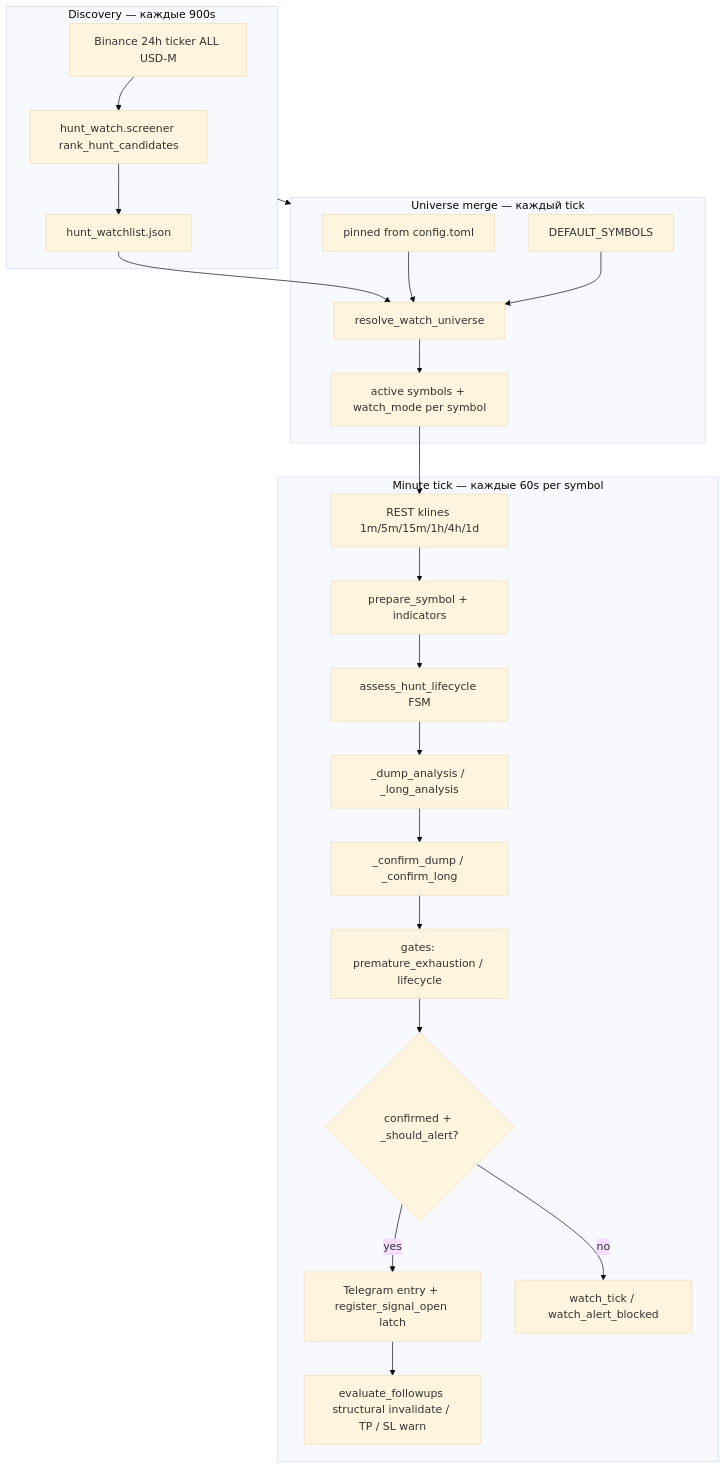
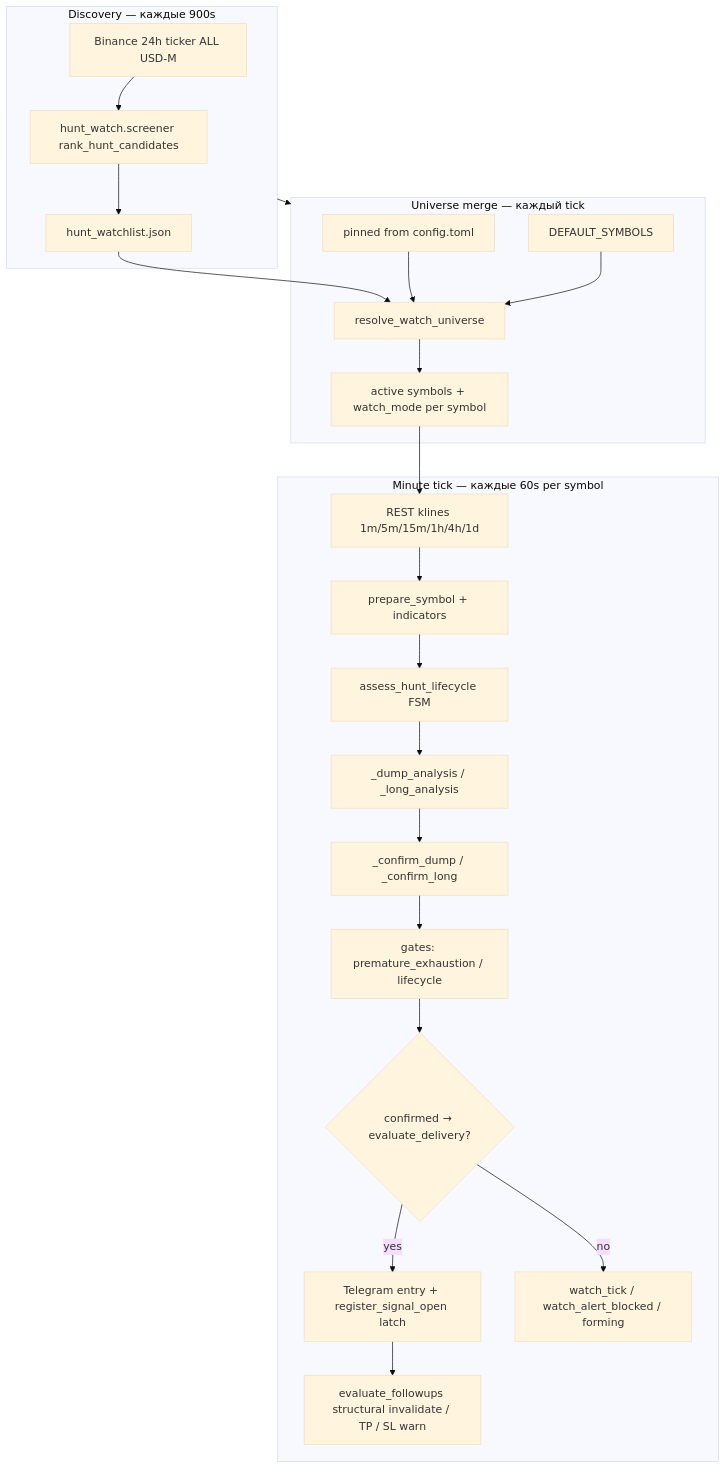
The first of 2 diagrams in hunt/ARCHITECTURE.md (TrololoBird/Crypto-Analytic-Signal-Bot), drawn with Mermaid (base theme) before and after one commit. The commit also changed other lines of this file and 39 other files, not shown here.

````diff
--- a/hunt/ARCHITECTURE.md
+++ b/hunt/ARCHITECTURE.md
@@ -33,33 +33,33 @@
 ```mermaid
 flowchart TB
     subgraph discovery [Discovery — каждые 900s]
         T[Binance 24h ticker ALL USD-M]
         S[hunt_watch.screener rank_hunt_candidates]
         W[hunt_watchlist.json]
         T --> S --> W
     end
 
     subgraph universe [Universe merge — каждый tick]
         P[pinned from config.toml]
         D[DEFAULT_SYMBOLS]
         W --> M[resolve_watch_universe]
         P --> M
         D --> M
         M --> U[active symbols + watch_mode per symbol]
     end
 
     subgraph tick [Minute tick — каждые 60s per symbol]
         U --> R[REST klines 1m/5m/15m/1h/4h/1d]
         R --> F[prepare_symbol + indicators]
         F --> L[assess_hunt_lifecycle FSM]
         L --> A[_dump_analysis / _long_analysis]
         A --> C[_confirm_dump / _confirm_long]
         C --> G[gates: premature_exhaustion / lifecycle]
-        G --> TG{confirmed + _should_alert?}
+        G --> TG{confirmed → evaluate_delivery?}
         TG -->|yes| Send[Telegram entry + register_signal_open latch]
-        TG -->|no| Log[watch_tick / watch_alert_blocked]
+        TG -->|no| Log[watch_tick / watch_alert_blocked / forming]
         Send --> TR[evaluate_followups structural invalidate / TP / SL warn]
     end
 
     discovery --> universe
 ```
````
